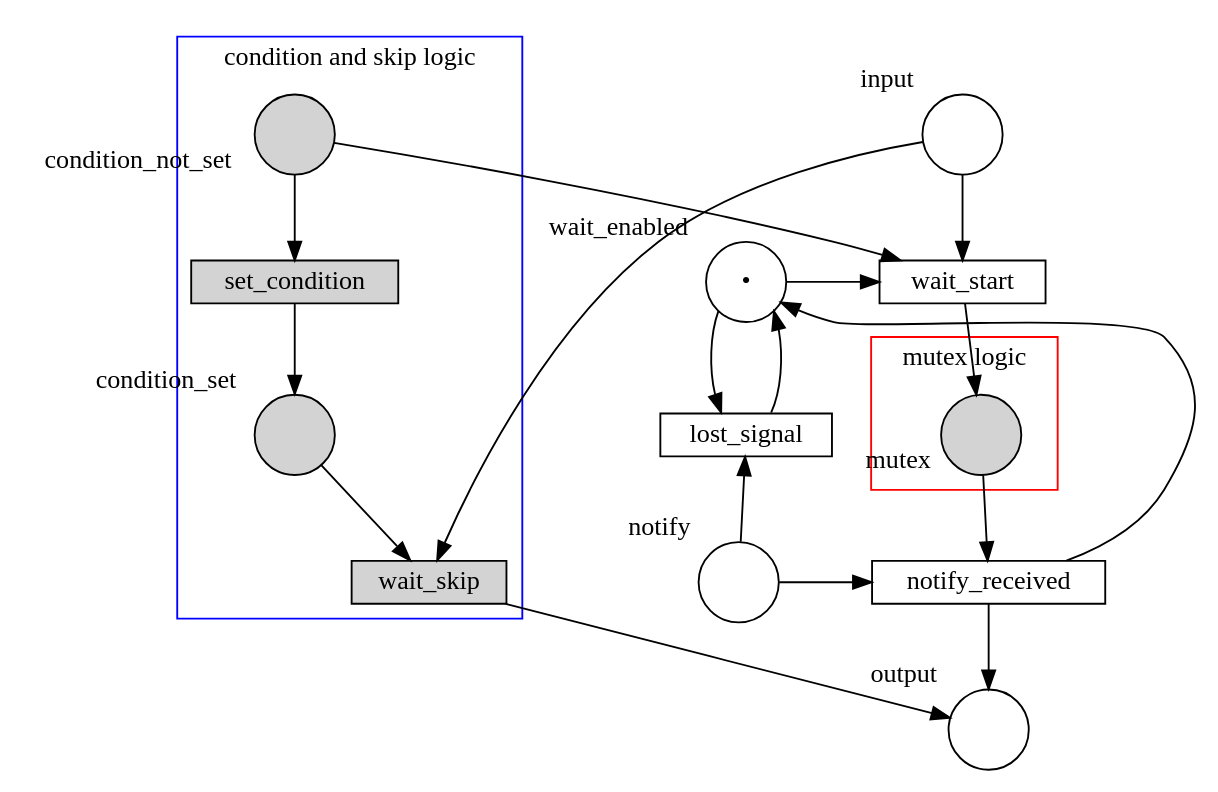
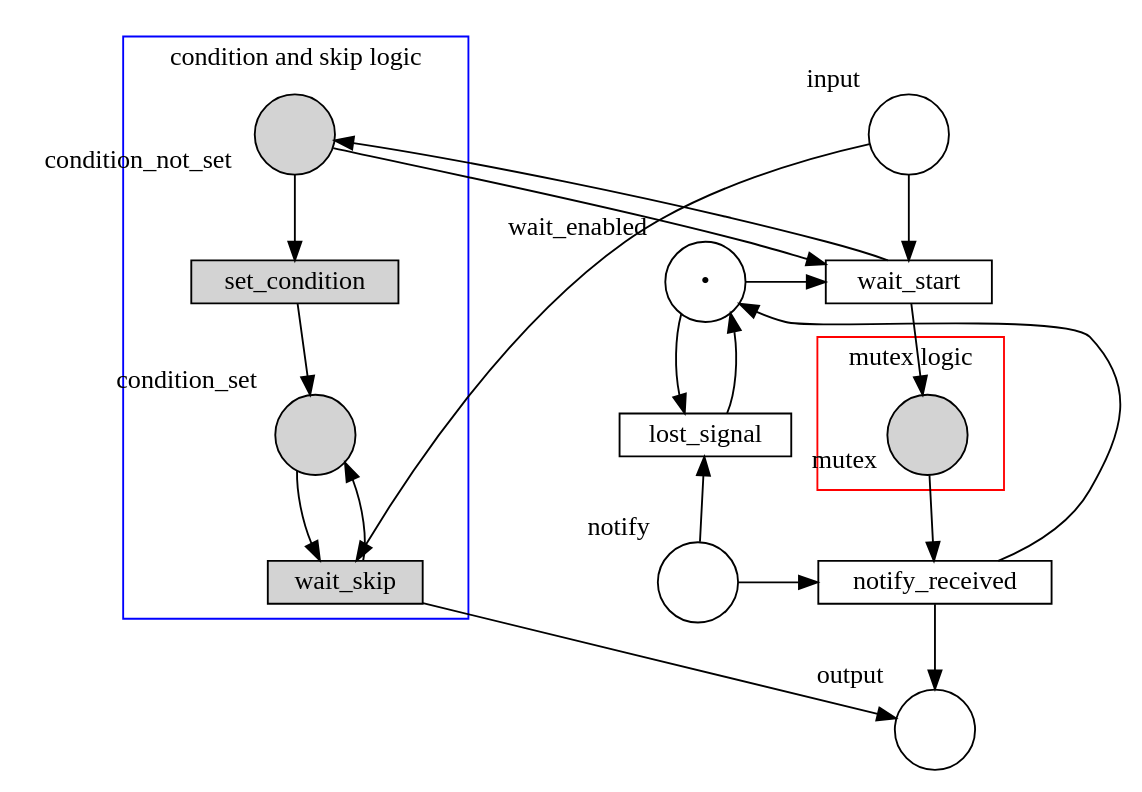
Before and after one commit to hlisdero/cargo-check-deadlock: the diagram in assets/condition_variable_model.dot, drawn with Graphviz. The commit also changed 1 other file, not shown here.

Commit message:
Update the documentation to include the links that regenerate the tokens in `condition_set` and `condition_not_set`

```diff
--- a/assets/condition_variable_model.dot
+++ b/assets/condition_variable_model.dot
@@ -1,67 +1,69 @@
 digraph condvar {
-    nodesep=0.7;
+    nodesep=0.6;
     
     wait_start [height=0.1 shape="box" xlabel="" label="wait_start"];
     lost_signal [height=0.1 shape="box" xlabel="" label="lost_signal"];
     notify_received [height=0.1 shape="box" xlabel="" label="notify_received"];
 
     wait_enabled [width=0.6 shape="circle" xlabel="wait_enabled" label="•"];
     notify [width=0.6 shape="circle" xlabel="notify" label=""];
     // Waiting is actually not needed and the mutex place suffices
     // It is a ghost node used for formatting the graph
     waiting [width=0.01 shape="none" xlabel="" label=""];
 
     input [width=0.6 shape="circle" xlabel="input" label=""];
     output [width=0.6 shape="circle" xlabel="output" label=""];
     // Place for the mutex used in the call
     subgraph cluster_0 {
         label = "mutex logic";
         color = red;
         node [style=filled];
 
         mutex [width=0.6 shape="circle" xlabel="mutex" label=""];
     }
     // The places and transitions to set the condition for the condition variable
     subgraph cluster_1 {
         label = "condition and skip logic";
         color = blue;
         node [style=filled];
         
         condition_not_set [width=0.6 shape="circle" xlabel="condition_not_set" label=""];
         condition_set [width=0.6 shape="circle" xlabel="condition_set" label=""];
         wait_skip [height=0.1 shape="box" xlabel="" label="wait_skip"];
         set_condition [height=0.1 shape="box" xlabel="" label="set_condition"];
     }
     
     // Loop for consuming the token in `notify` when `wait()` has not been called yet.
     wait_enabled -> lost_signal [weight=2];
     notify -> lost_signal [weight=2];
     lost_signal -> wait_enabled [weight=2];
     // Tokens flow from `wait_start` to `waiting` and then to `notify_received`
     input -> wait_start [weight=2]; 
     wait_start -> waiting -> notify_received [style="invis" weight=0.1];
     notify_received -> output [weight=2];
     // Start the wait only if the wait is enabled
     wait_enabled -> wait_start;
     // Exit the wait only if the notify was received
     notify -> notify_received;
     // Regenerate the token in `wait_enabled` when exiting the wait
     notify_received -> wait_enabled [constraint=false];
     
     // Lock and unlock mutex
     wait_start -> mutex -> notify_received;
     
     // Skip wait when the condition is set
     input -> wait_skip -> output;
     condition_set -> wait_skip;
+    wait_skip -> condition_set;
     // Call wait only when the condition is not set
     condition_not_set -> wait_start;
+    wait_start -> condition_not_set;
     // Set the condition
     condition_not_set -> set_condition -> condition_set [weight=2];
     
     // Order the nodes in 5 different levels
     {rank = same; wait_enabled; wait_start;}
     {rank = same; lost_signal; waiting;}
     {rank = same; notify; notify_received;}
     {rank = max; output;}
 }
```
